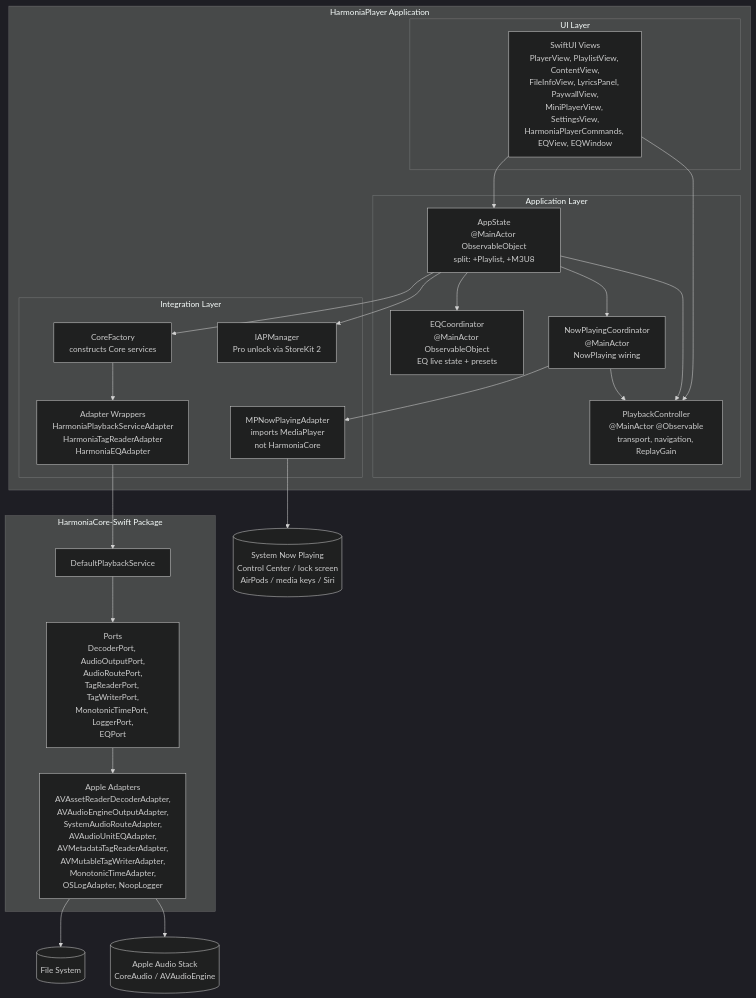
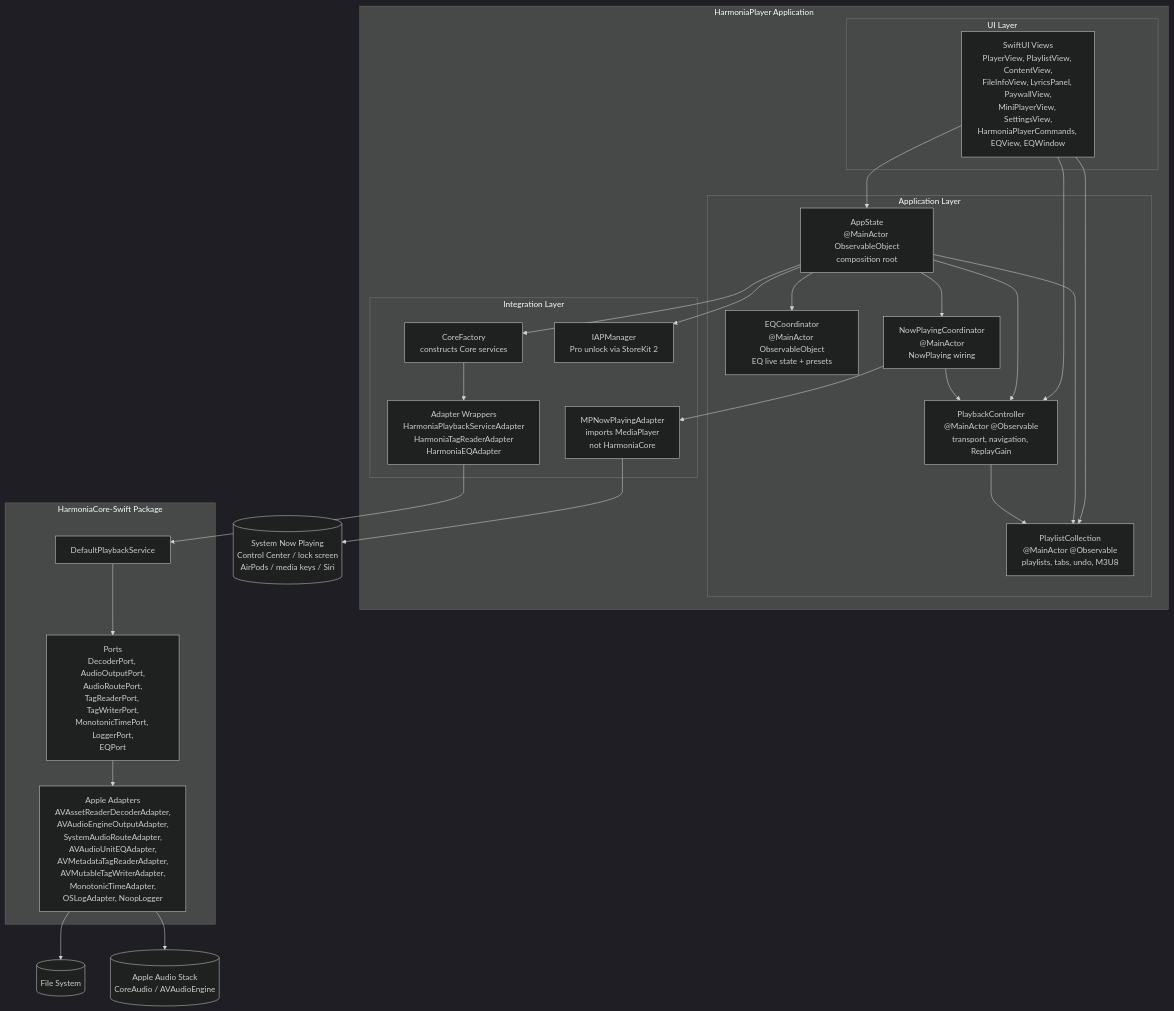
Before and after one commit to OneOfWolvesBilly/HarmoniaPlayer: the second of 2 diagrams in docs/architecture.md, drawn with Mermaid (dark theme). The commit also changed other lines of this file and 45 other files, not shown here.

First line of the commit message:
feat(slice 20-a): extract PlaylistCollection and reduce AppState to the composition root

```diff
--- a/docs/architecture.md
+++ b/docs/architecture.md
@@ -128,7 +128,10 @@
       subgraph appLayer[Application Layer]
         appState[AppState
 @MainActor ObservableObject
-split: +Playlist, +M3U8]
+composition root]
+        playlistCollection[PlaylistCollection
+@MainActor @Observable
+playlists, tabs, undo, M3U8]
         playbackController[PlaybackController
 @MainActor @Observable
 transport, navigation, ReplayGain]
@@ -182,8 +185,11 @@
 AirPods / media keys / Siri)]
 
     views --> appState
+    views --> playlistCollection
     views --> playbackController
+    appState --> playlistCollection
     appState --> playbackController
+    playbackController --> playlistCollection
     appState --> eqCoordinator
     appState --> nowPlayingCoordinator
     nowPlayingCoordinator --> playbackController
```
